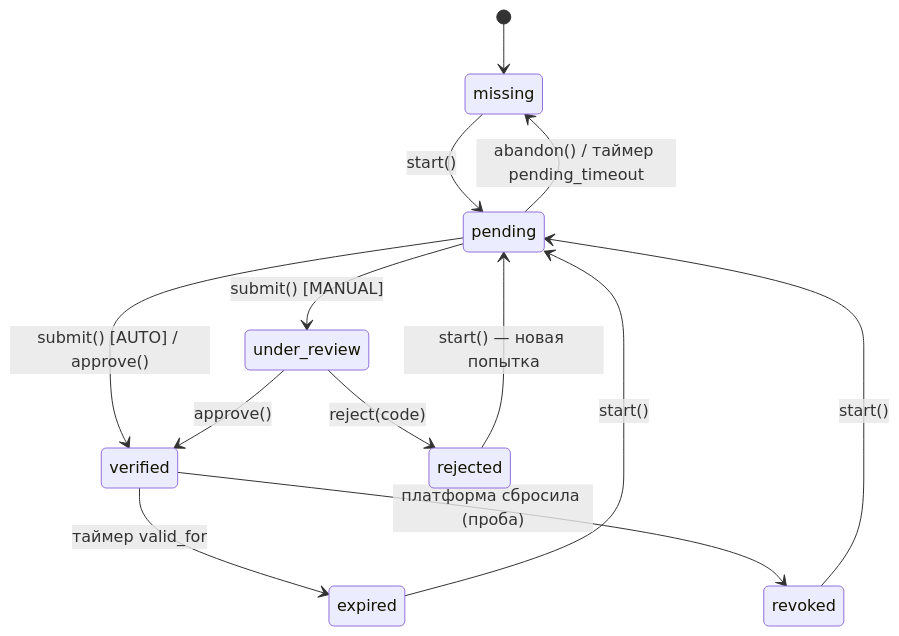
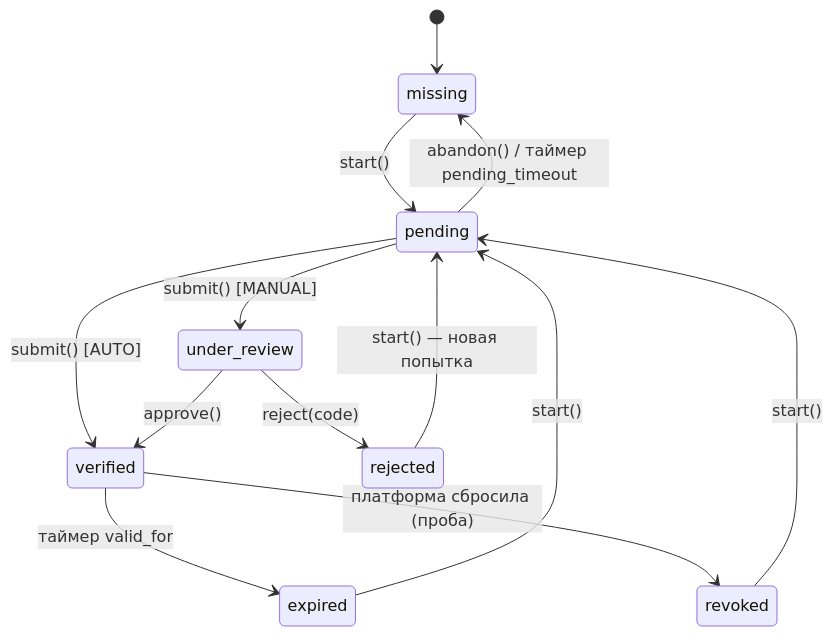
The first of 2 diagrams in docs/guide/06-verification.md (0cherednoq/identity-hub), drawn with Mermaid before and after one commit. The commit also changed other lines of this file and 17 other files, not shown here.

````diff
--- a/docs/guide/06-verification.md
+++ b/docs/guide/06-verification.md
@@ -65,15 +65,15 @@
 ```mermaid
 stateDiagram-v2
     [*] --> missing
     missing --> pending : start()
     pending --> under_review : submit() [MANUAL]
-    pending --> verified : submit() [AUTO] / approve()
+    pending --> verified : submit() [AUTO]
     pending --> missing : abandon() / таймер pending_timeout
     under_review --> verified : approve()
     under_review --> rejected : reject(code)
     rejected --> pending : start() — новая попытка
     verified --> expired : таймер valid_for
     verified --> revoked : платформа сбросила (проба)
     expired --> pending : start()
     revoked --> pending : start()
 ```
````
